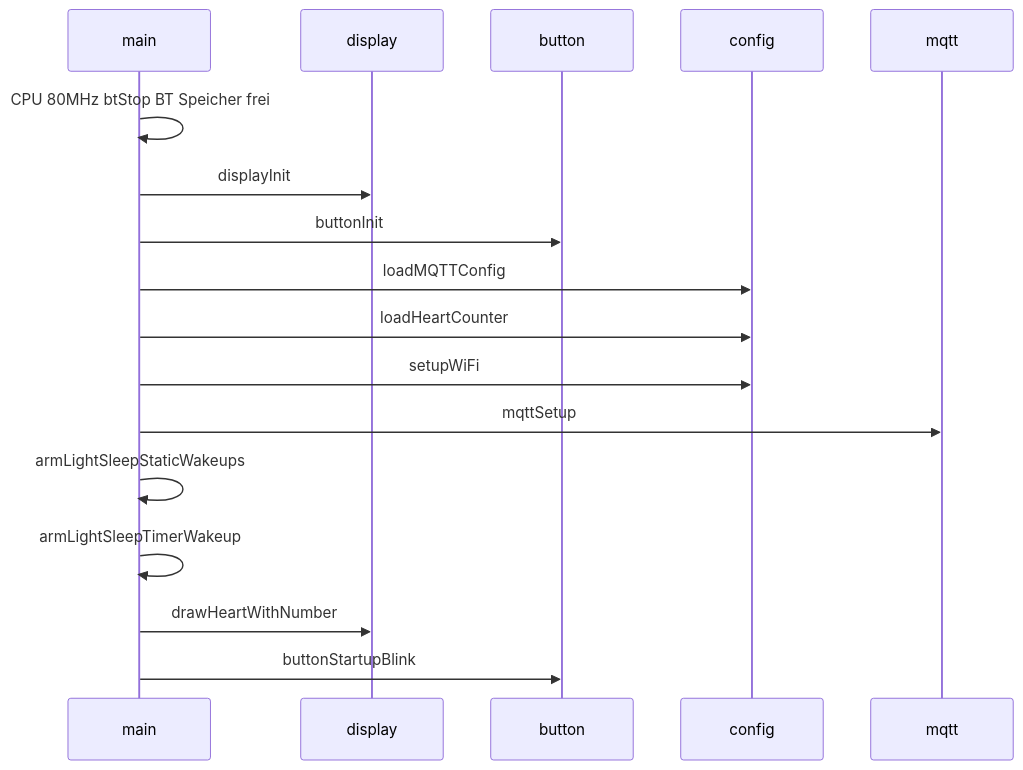
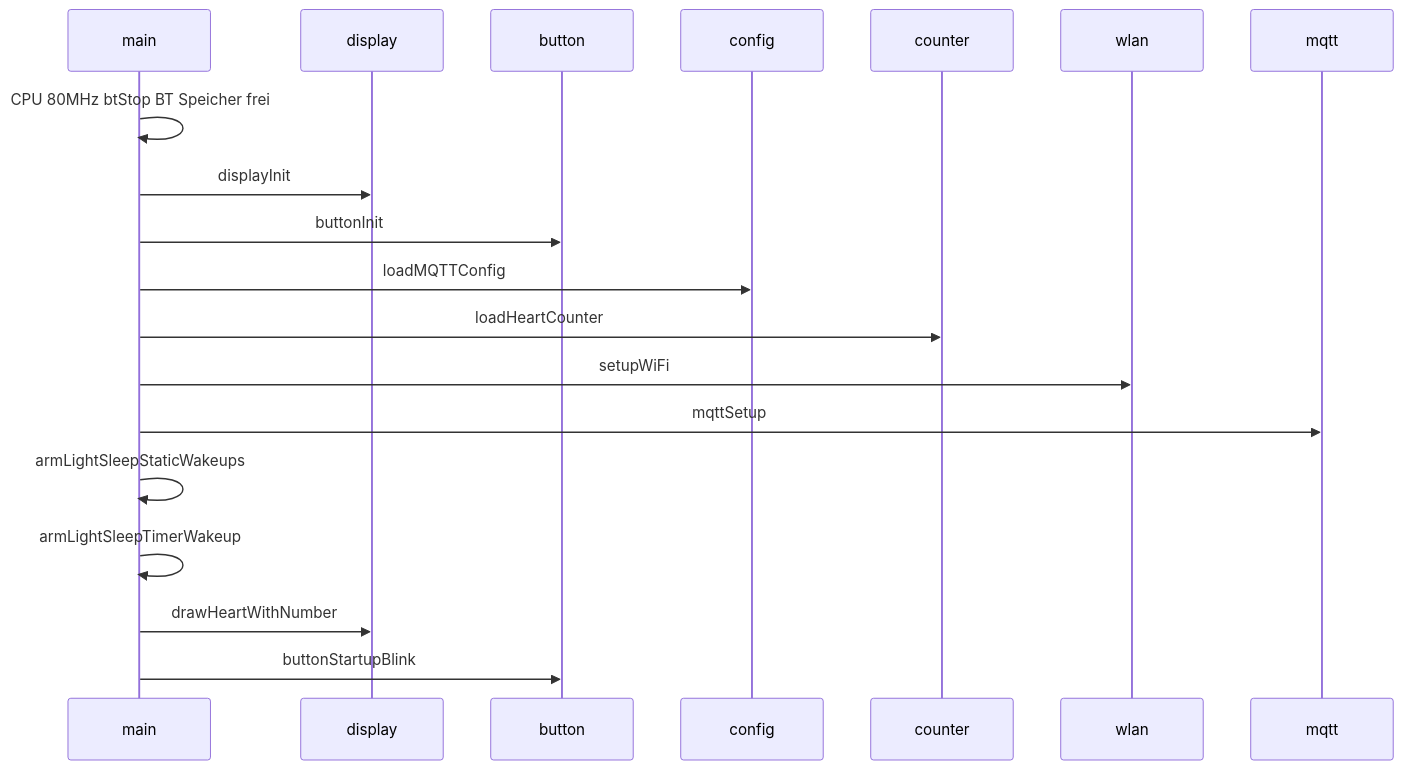
The third of 4 diagrams in docs/ARCHITECTURE.md (EyJunge1/chaya2mqtt), drawn with Mermaid before and after one commit. The commit also changed other lines of this file and 17 other files, not shown here.

First line of the commit message:
Refactor firmware architecture and module organization

````diff
--- a/docs/ARCHITECTURE.md
+++ b/docs/ARCHITECTURE.md
@@ -73,20 +95,22 @@
 ```mermaid
 sequenceDiagram
     participant M as main
     participant D as display
     participant B as button
     participant C as config
+    participant N as counter
+    participant W as wlan
     participant Q as mqtt
 
     M->>M: CPU 80MHz btStop BT Speicher frei
     M->>D: displayInit
     M->>B: buttonInit
     M->>C: loadMQTTConfig
-    M->>C: loadHeartCounter
-    M->>C: setupWiFi
+    M->>N: loadHeartCounter
+    M->>W: setupWiFi
     M->>Q: mqttSetup
     M->>M: armLightSleepStaticWakeups
     M->>M: armLightSleepTimerWakeup
     M->>D: drawHeartWithNumber
     M->>B: buttonStartupBlink
 ```
````
